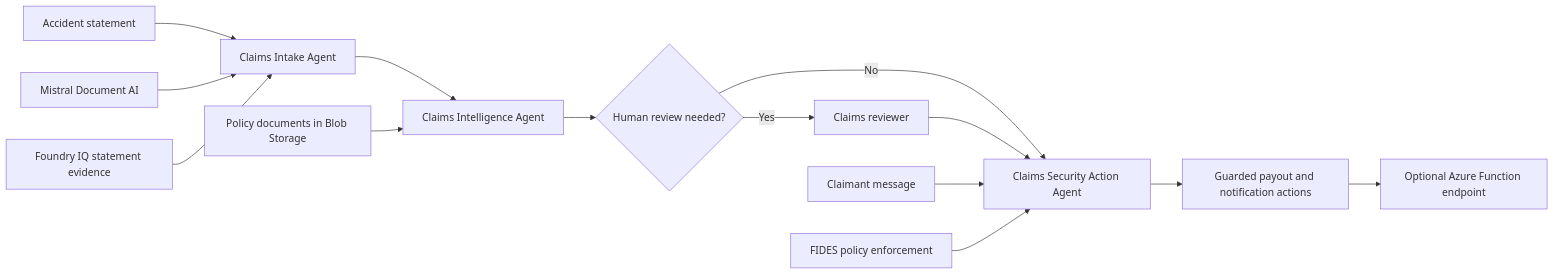
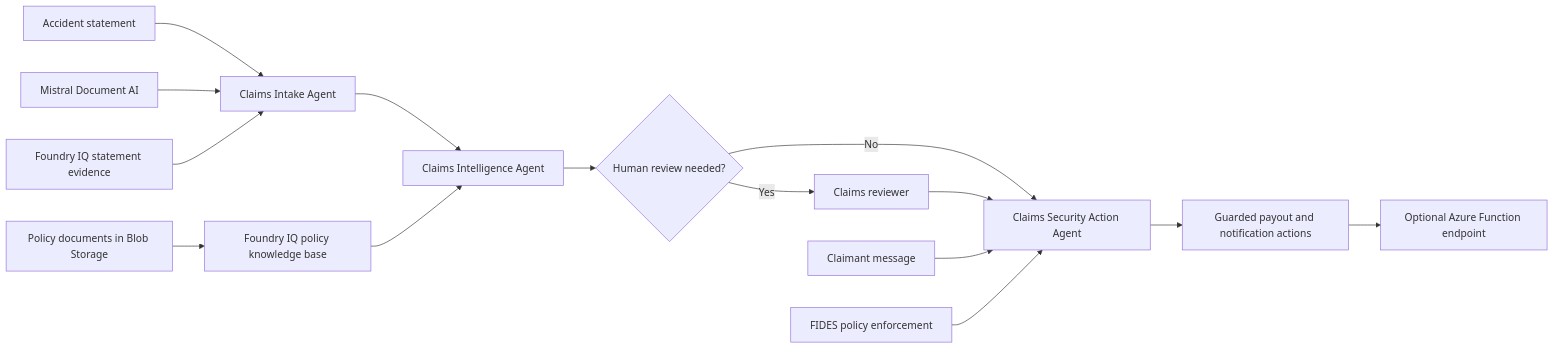
The first of 2 diagrams in README.md (jamlab/claims-microhack), drawn with Mermaid before and after one commit. The commit also changed other lines of this file and 24 other files, not shown here.

````diff
--- a/README.md
+++ b/README.md
@@ -43,17 +44,18 @@
 ```mermaid
 flowchart LR
 		CLAIM[Accident statement] --> INTAKE[Claims Intake Agent]
 		INTAKE --> DECISION[Claims Intelligence Agent]
 		DECISION --> REVIEW{Human review needed?}
 		REVIEW -- Yes --> HUMAN[Claims reviewer]
 		REVIEW -- No --> SECURE[Claims Security Action Agent]
 		HUMAN --> SECURE
 		MESSAGE[Claimant message] --> SECURE
 		SECURE --> ACTIONS[Guarded payout and notification actions]
 		ACTIONS --> FUNCTION[Optional Azure Function endpoint]
 
 		OCR[Mistral Document AI] --> INTAKE
 		IQ[Foundry IQ statement evidence] --> INTAKE
-		POLICIES[Policy documents in Blob Storage] --> DECISION
+		POLICIES[Policy documents in Blob Storage] --> POLICYIQ[Foundry IQ policy knowledge base]
+		POLICYIQ --> DECISION
 		FIDES[FIDES policy enforcement] --> SECURE
 ```
````
